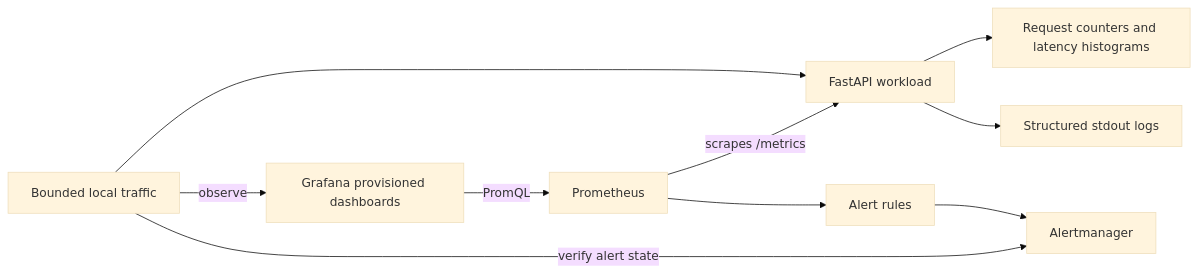
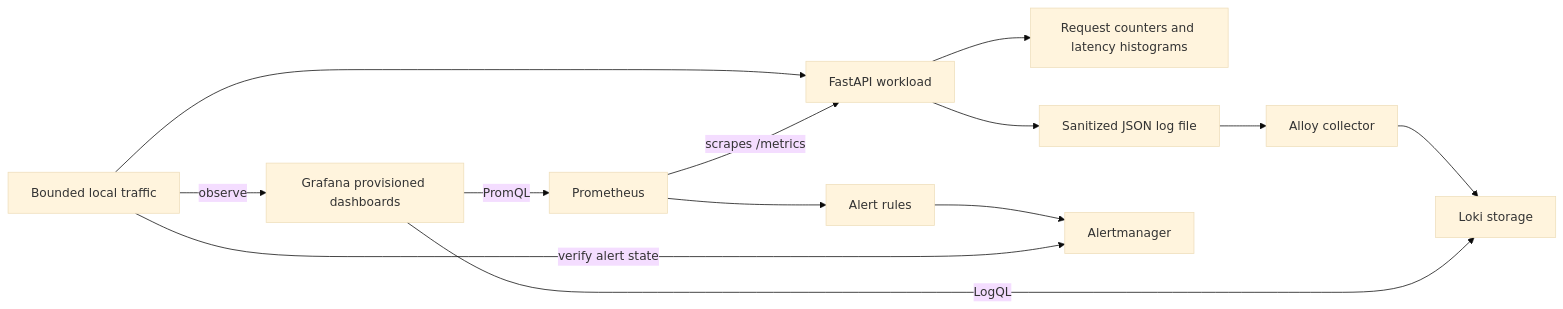
One commit to Mishkaaass/observability-platform changed the first of 2 diagrams in README.md. Above: the diagram before and after it, drawn with Mermaid (base theme). The commit also changed other lines of this file and 15 other files, not shown here.

Commit message:
feat: centralize sanitized workload logs with Alloy and Loki

````diff
--- a/README.md
+++ b/README.md
@@ -25,12 +23,15 @@
 ```mermaid
 flowchart LR
   U[Bounded local traffic] --> A[FastAPI workload]
   A --> M[Request counters and latency histograms]
-  A --> L[Structured stdout logs]
+  A --> L[Sanitized JSON log file]
+  L --> C[Alloy collector]
+  C --> LK[Loki storage]
+  G -->|LogQL| LK
   P[Prometheus] -->|scrapes /metrics| A
   P --> R[Alert rules]
   R --> AM[Alertmanager]
   G[Grafana provisioned dashboards] -->|PromQL| P
   U -->|observe| G
   U -->|verify alert state| AM
 ```
````
